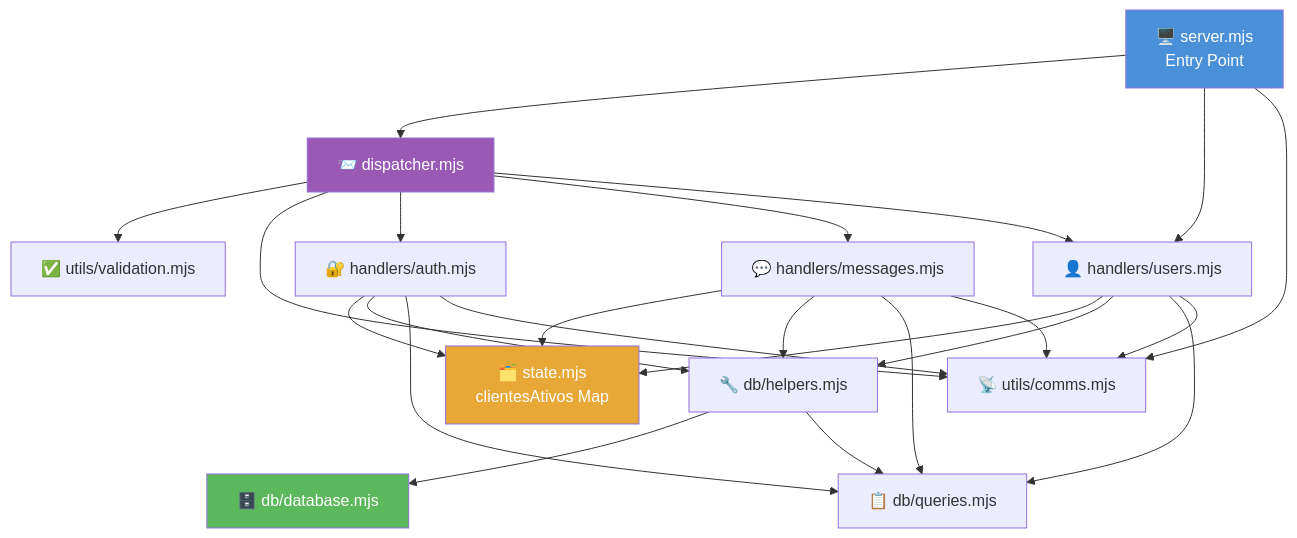
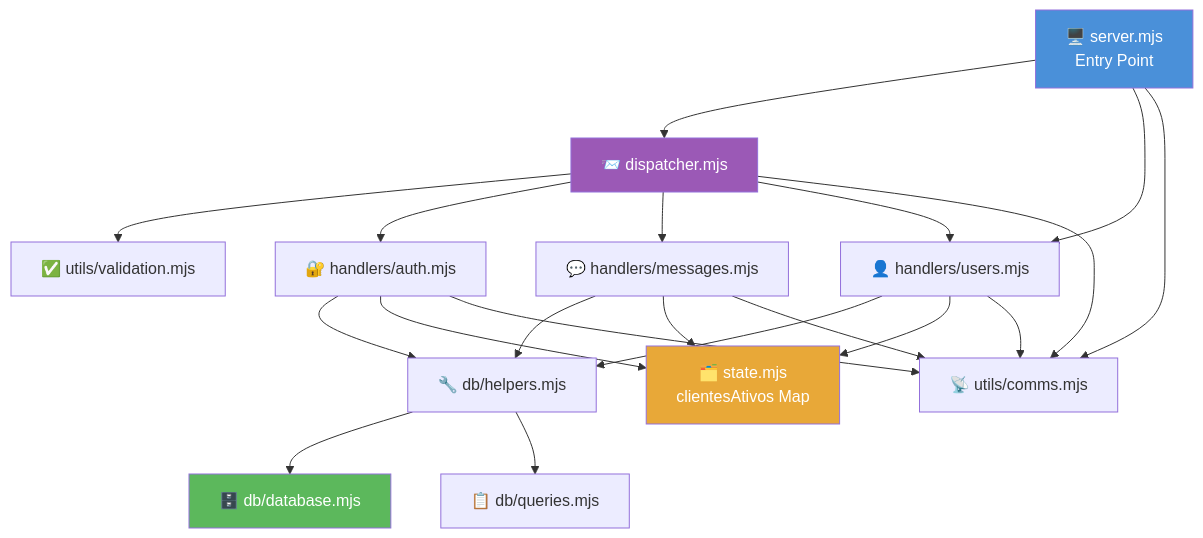
One commit to Zadoque/mini_local_zap changed the first of 5 diagrams in README.md. Above: the diagram before and after it, drawn with Mermaid. The commit also changed other lines of this file and 27 other files, not shown here.

````diff
--- a/README.md
+++ b/README.md
@@ -103,47 +104,44 @@
 ```mermaid
 graph TD
     SERVER["🖥️ server.mjs\nEntry Point"]
     DISP["📨 dispatcher.mjs"]
     STATE["🗂️ state.mjs\nclientesAtivos Map"]
     AUTH["🔐 handlers/auth.mjs"]
     MSG["💬 handlers/messages.mjs"]
     USERS["👤 handlers/users.mjs"]
     COMMS["📡 utils/comms.mjs"]
     VALID["✅ utils/validation.mjs"]
     DB["🗄️ db/database.mjs"]
     QUERIES["📋 db/queries.mjs"]
     HELPERS["🔧 db/helpers.mjs"]
 
     SERVER --> DISP
     SERVER --> USERS
     SERVER --> COMMS
 
     DISP --> VALID
-    DISP --> COMMS
     DISP --> AUTH
     DISP --> MSG
     DISP --> USERS
+    DISP --> COMMS
 
+    AUTH --> HELPERS
     AUTH --> STATE
-    AUTH --> HELPERS
-    AUTH --> QUERIES
     AUTH --> COMMS
 
+    MSG --> HELPERS
     MSG --> STATE
-    MSG --> HELPERS
-    MSG --> QUERIES
     MSG --> COMMS
 
+    USERS --> HELPERS
     USERS --> STATE
-    USERS --> HELPERS
-    USERS --> QUERIES
     USERS --> COMMS
 
     HELPERS --> DB
     HELPERS --> QUERIES
 
     style SERVER fill:#4a90d9,color:#fff
     style STATE  fill:#e8a838,color:#fff
     style DB     fill:#5cb85c,color:#fff
     style DISP   fill:#9b59b6,color:#fff
 ```
````
